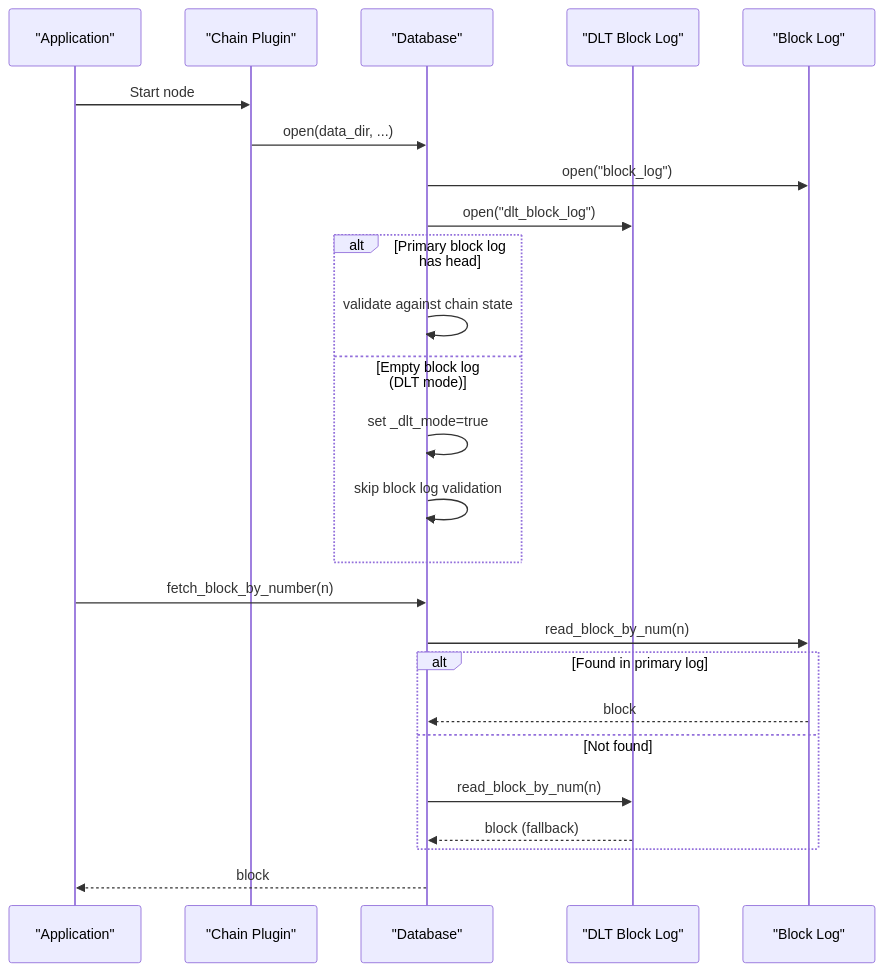
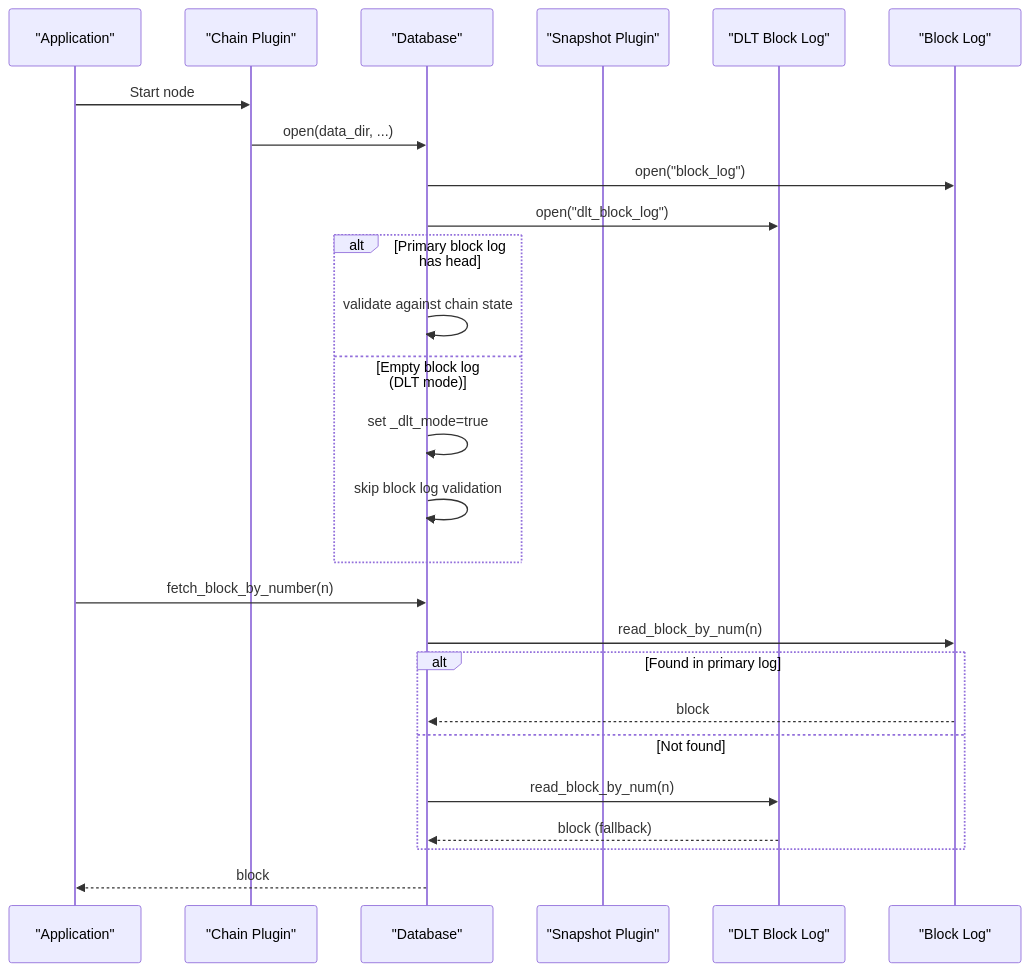
The second of 8 diagrams in .qoder/repowiki/en/content/Architecture Overview/Core Libraries/Chain Library/Database Management/DLT Rolling Block Log.md (VIZ-Blockchain/viz-cpp-node), drawn with Mermaid before and after one commit. The commit also changed other lines of this file and 3 other files, not shown here.

First line of the commit message:
docs(dlt): enhance DLT rolling block log with improved snapshot plugin integration

````diff
--- a/.qoder/repowiki/en/content/Architecture Overview/Core Libraries/Chain Library/Database Management/DLT Rolling Block Log.md
+++ b/.qoder/repowiki/en/content/Architecture Overview/Core Libraries/Chain Library/Database Management/DLT Rolling Block Log.md
@@ -99,27 +109,28 @@
 ```mermaid
 sequenceDiagram
 participant App as "Application"
 participant Chain as "Chain Plugin"
 participant DB as "Database"
+participant SP as "Snapshot Plugin"
 participant DLT as "DLT Block Log"
 participant BL as "Block Log"
 App->>Chain : Start node
 Chain->>DB : open(data_dir, ...)
 DB->>BL : open("block_log")
 DB->>DLT : open("dlt_block_log")
 alt Primary block log has head
 DB->>DB : validate against chain state
 else Empty block log (DLT mode)
 DB->>DB : set _dlt_mode=true
 DB->>DB : skip block log validation
 end
 App->>DB : fetch_block_by_number(n)
 DB->>BL : read_block_by_num(n)
 alt Found in primary log
 BL-->>DB : block
 else Not found
 DB->>DLT : read_block_by_num(n)
 DLT-->>DB : block (fallback)
 end
 DB-->>App : block
 ```
````
